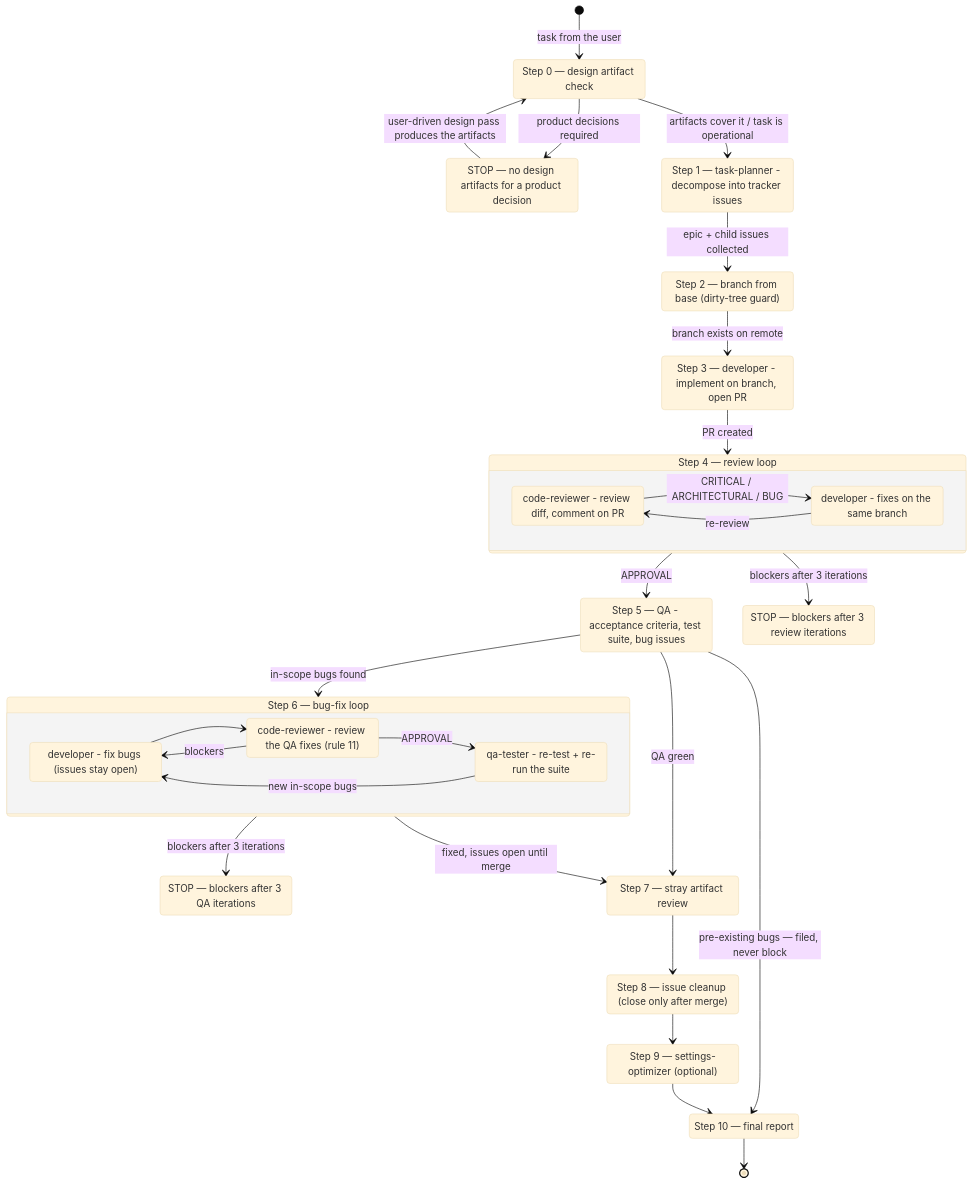
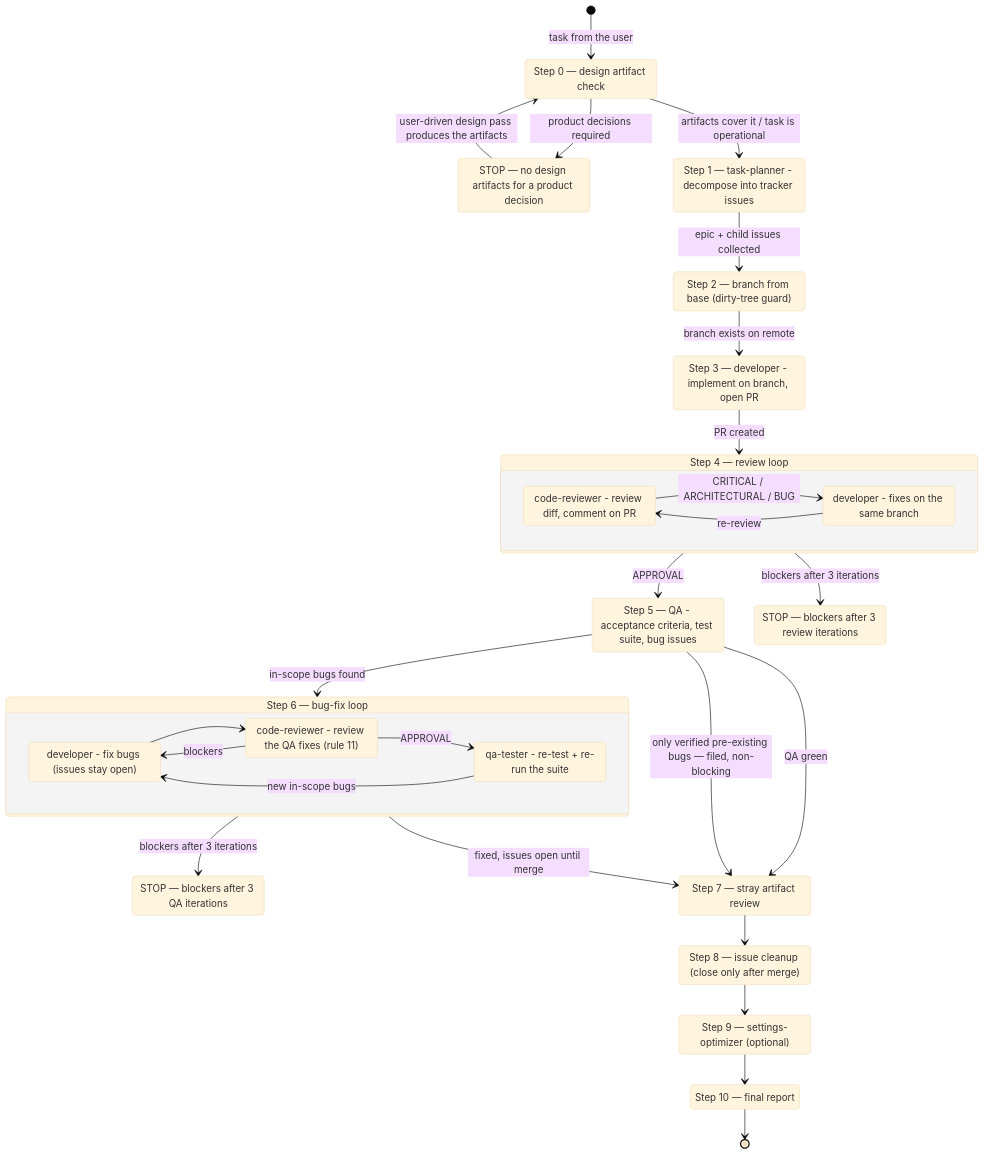
Before and after one commit to TeleginS/agent-orchestration: the diagram in PIPELINE-GRAPH.md, drawn with Mermaid (base theme). The commit also changed other lines of this file, not shown here.

Commit message:
docs: correct pipeline graph QA transitions and rendering notes

````diff
--- a/PIPELINE-GRAPH.md
+++ b/PIPELINE-GRAPH.md
@@ -11,57 +7,57 @@
 ```mermaid
 stateDiagram-v2
     [*] --> S0: task from the user
 
     state "Step 0 — design artifact check" as S0
     state "STOP — no design artifacts for a product decision" as STOP_DESIGN
     state "Step 1 — task-planner - decompose into tracker issues" as S1
     state "Step 2 — branch from base (dirty-tree guard)" as S2
     state "Step 3 — developer - implement on branch, open PR" as S3
     state "Step 5 — QA - acceptance criteria, test suite, bug issues" as S5
     state "STOP — blockers after 3 review iterations" as STOP_REVIEW
     state "STOP — blockers after 3 QA iterations" as STOP_QA
     state "Step 7 — stray artifact review" as S7
     state "Step 8 — issue cleanup (close only after merge)" as S8
     state "Step 9 — settings-optimizer (optional)" as S9
     state "Step 10 — final report" as S10
 
     S0 --> S1: artifacts cover it / task is operational
     S0 --> STOP_DESIGN: product decisions required
     STOP_DESIGN --> S0: user-driven design pass produces the artifacts
 
     S1 --> S2: epic + child issues collected
     S2 --> S3: branch exists on remote
     S3 --> S4: PR created
 
     state "Step 4 — review loop" as S4 {
         direction LR
         state "code-reviewer - review diff, comment on PR" as R4
         state "developer - fixes on the same branch" as F4
         R4 --> F4: CRITICAL / ARCHITECTURAL / BUG
         F4 --> R4: re-review
     }
     S4 --> STOP_REVIEW: blockers after 3 iterations
     S4 --> S5: APPROVAL
 
     S5 --> S7: QA green
     S5 --> S6: in-scope bugs found
-    S5 --> S10: pre-existing bugs — filed, never block
+    S5 --> S7: only verified pre-existing bugs — filed, non-blocking
 
     state "Step 6 — bug-fix loop" as S6 {
         direction LR
         state "developer - fix bugs (issues stay open)" as F6
         state "code-reviewer - review the QA fixes (rule 11)" as RV6
         state "qa-tester - re-test + re-run the suite" as Q6
         F6 --> RV6
         RV6 --> F6: blockers
         RV6 --> Q6: APPROVAL
         Q6 --> F6: new in-scope bugs
     }
     S6 --> STOP_QA: blockers after 3 iterations
     S6 --> S7: fixed, issues open until merge
 
     S7 --> S8
     S8 --> S9
     S9 --> S10
     S10 --> [*]
 ```
````
